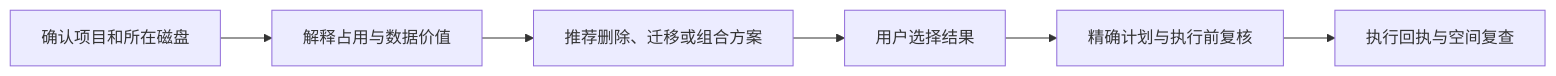
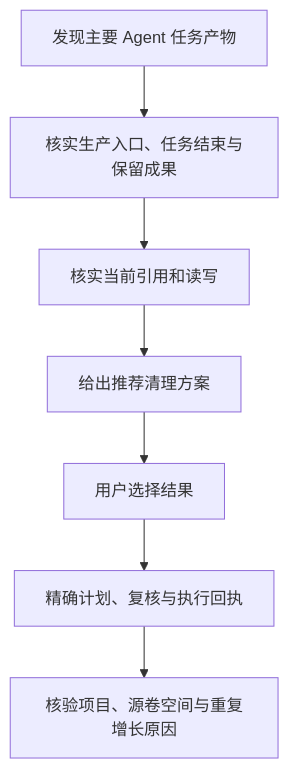
Before and after one commit to SoberAming/codex-project-storage: the diagram in README.md, drawn with Mermaid. The commit also changed other lines of this file and 25 other files, not shown here.

````diff
--- a/README.md
+++ b/README.md
@@ -13,8 +11,9 @@
 ```mermaid
-flowchart LR
-    A[确认项目和所在磁盘] --> B[解释占用与数据价值]
-    B --> C[推荐删除、迁移或组合方案]
-    C --> D[用户选择结果]
-    D --> E[精确计划与执行前复核]
-    E --> F[执行回执与空间复查]
+flowchart TD
+    A[发现主要 Agent 任务产物] --> B[核实生产入口、任务结束与保留成果]
+    B --> C[核实当前引用和读写]
+    C --> D[给出推荐清理方案]
+    D --> E[用户选择结果]
+    E --> F[精确计划、复核与执行回执]
+    F --> G[核验项目、源卷空间与重复增长原因]
 ```
````
